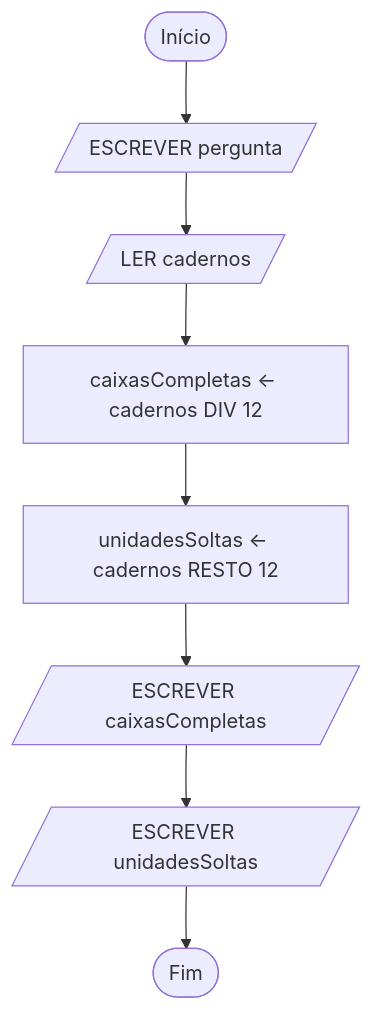
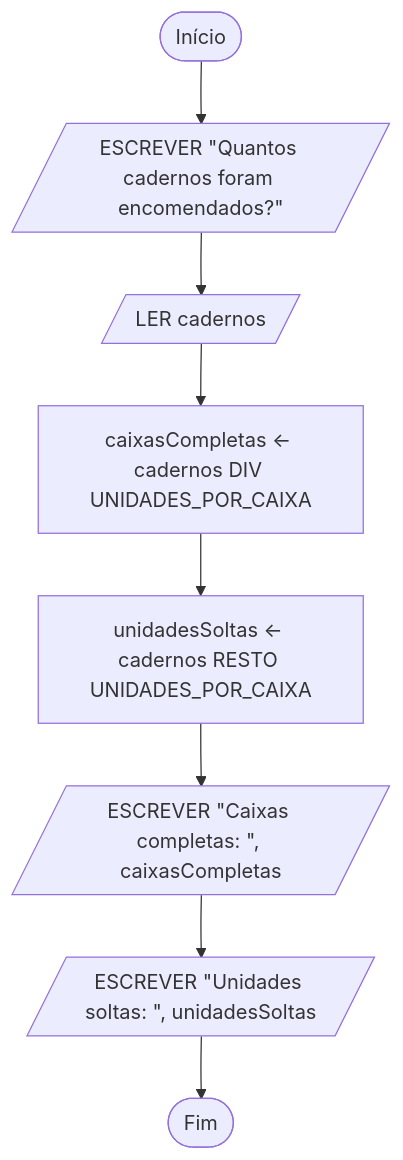
Before and after one commit to NunoMACastro/epms-2627-1ig-lp: the diagram in 01-algoritmos/02-pseudocodigo-e-fluxogramas.md, drawn with Mermaid. The commit also changed other lines of this file and 14 other files, not shown here.

````diff
--- a/01-algoritmos/02-pseudocodigo-e-fluxogramas.md
+++ b/01-algoritmos/02-pseudocodigo-e-fluxogramas.md
@@ -210,10 +547,10 @@
 ```mermaid
 flowchart TD
-    A([Início]) --> B[/ESCREVER pergunta/]
+    A([Início]) --> B[/"ESCREVER #quot;Quantos cadernos foram encomendados?#quot;"/]
     B --> C[/LER cadernos/]
-    C --> D["caixasCompletas ← cadernos DIV 12"]
-    D --> E["unidadesSoltas ← cadernos RESTO 12"]
-    E --> F[/ESCREVER caixasCompletas/]
-    F --> G[/ESCREVER unidadesSoltas/]
-    G --> H([Fim])
+    C --> D["caixasCompletas ← cadernos DIV UNIDADES_POR_CAIXA"]
+    D --> E["unidadesSoltas ← cadernos RESTO UNIDADES_POR_CAIXA"]
+    E --> F[/"ESCREVER #quot;Caixas completas: #quot;, caixasCompletas"/]
+    F --> G[/"ESCREVER #quot;Unidades soltas: #quot;, unidadesSoltas"/]
+    G --> Z([Fim])
 ```
````
